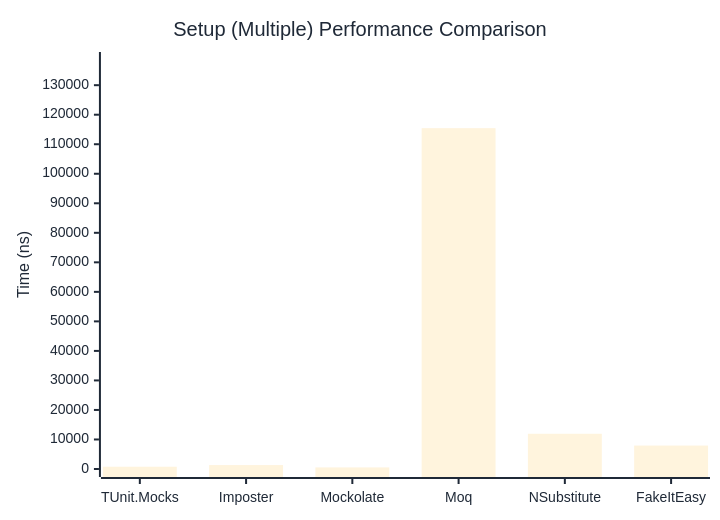
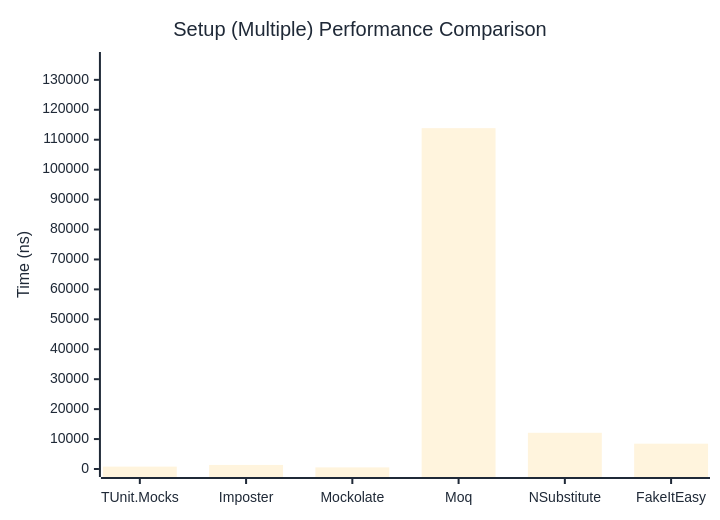
Before and after one commit to thomhurst/TUnit: the second of 2 diagrams in docs/docs/benchmarks/mocks/Setup.md, drawn with Mermaid. The commit also changed other lines of this file and 14 other files, not shown here.

````diff
--- a/docs/docs/benchmarks/mocks/Setup.md
+++ b/docs/docs/benchmarks/mocks/Setup.md
@@ -71,27 +71,27 @@
 ```mermaid
 %%{init: {
   'theme':'base',
   'themeVariables': {
     'primaryColor': '#2563eb',
     'primaryTextColor': '#1f2937',
     'primaryBorderColor': '#1e40af',
     'lineColor': '#6b7280',
     'secondaryColor': '#7c3aed',
     'tertiaryColor': '#dc2626',
     'background': '#ffffff',
     'pie1': '#2563eb',
     'pie2': '#7c3aed',
     'pie3': '#dc2626',
     'pie4': '#f59e0b',
     'pie5': '#10b981',
     'pie6': '#06b6d4',
     'pie7': '#ec4899',
     'pie8': '#6366f1'
   }
 }}%%
 xychart-beta
   title "Setup (Multiple) Performance Comparison"
   x-axis ["TUnit.Mocks", "Imposter", "Mockolate", "Moq", "NSubstitute", "FakeItEasy"]
-  y-axis "Time (ns)" 0 --> 138531
-  bar [770.6, 1332.2, 535.2, 115441.8, 11937.1, 7941.3]
+  y-axis "Time (ns)" 0 --> 136628
+  bar [795.8, 1356.5, 538.9, 113856, 12096.3, 8456.3]
 ```
````
